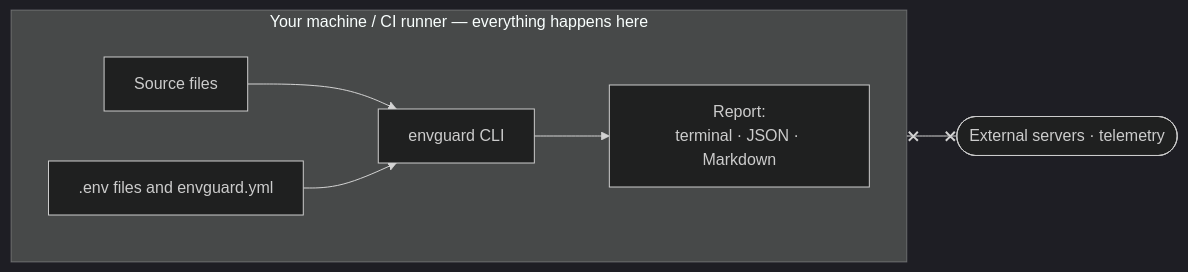
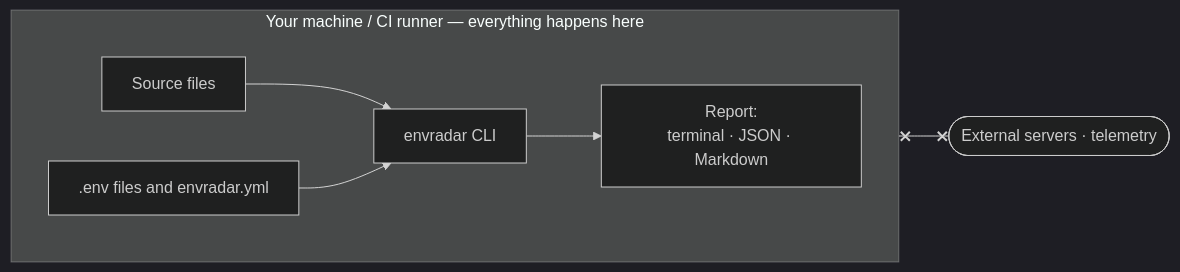
Before and after one commit to rinorhatashi/EnvRadar: the third of 4 diagrams in README.md, drawn with Mermaid (dark theme). The commit also changed other lines of this file and 20 other files, not shown here.

Commit message:
Rebrand to EnvRadar; ship unscoped npm package envradar

````diff
--- a/README.md
+++ b/README.md
@@ -101,10 +101,10 @@
 ```mermaid
 flowchart LR
     subgraph local["Your machine / CI runner — everything happens here"]
         direction LR
-        code["Source files"] --> eg["envguard CLI"]
-        cfg[".env files and envguard.yml"] --> eg
+        code["Source files"] --> eg["envradar CLI"]
+        cfg[".env files and envradar.yml"] --> eg
         eg --> report["Report:<br/>terminal · JSON · Markdown"]
     end
     eg x--x net(["External servers · telemetry"])
 ```
````
